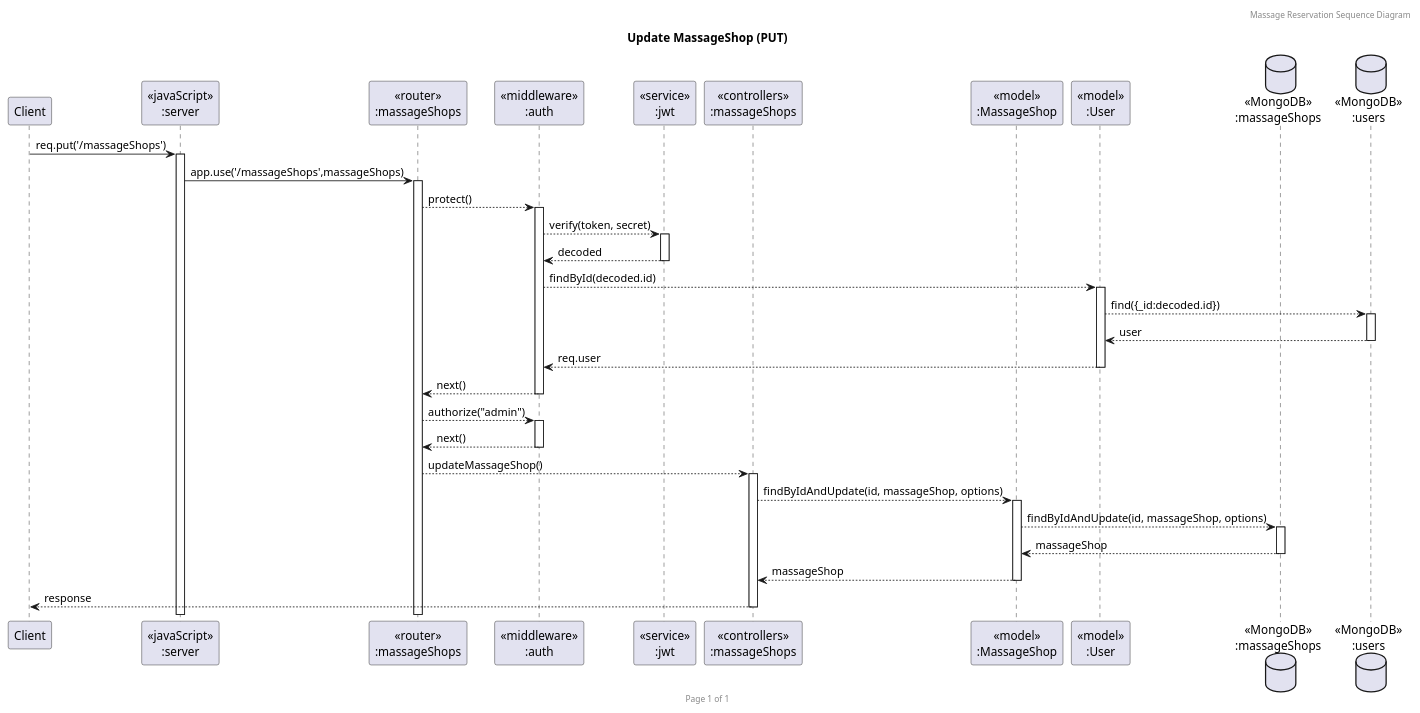
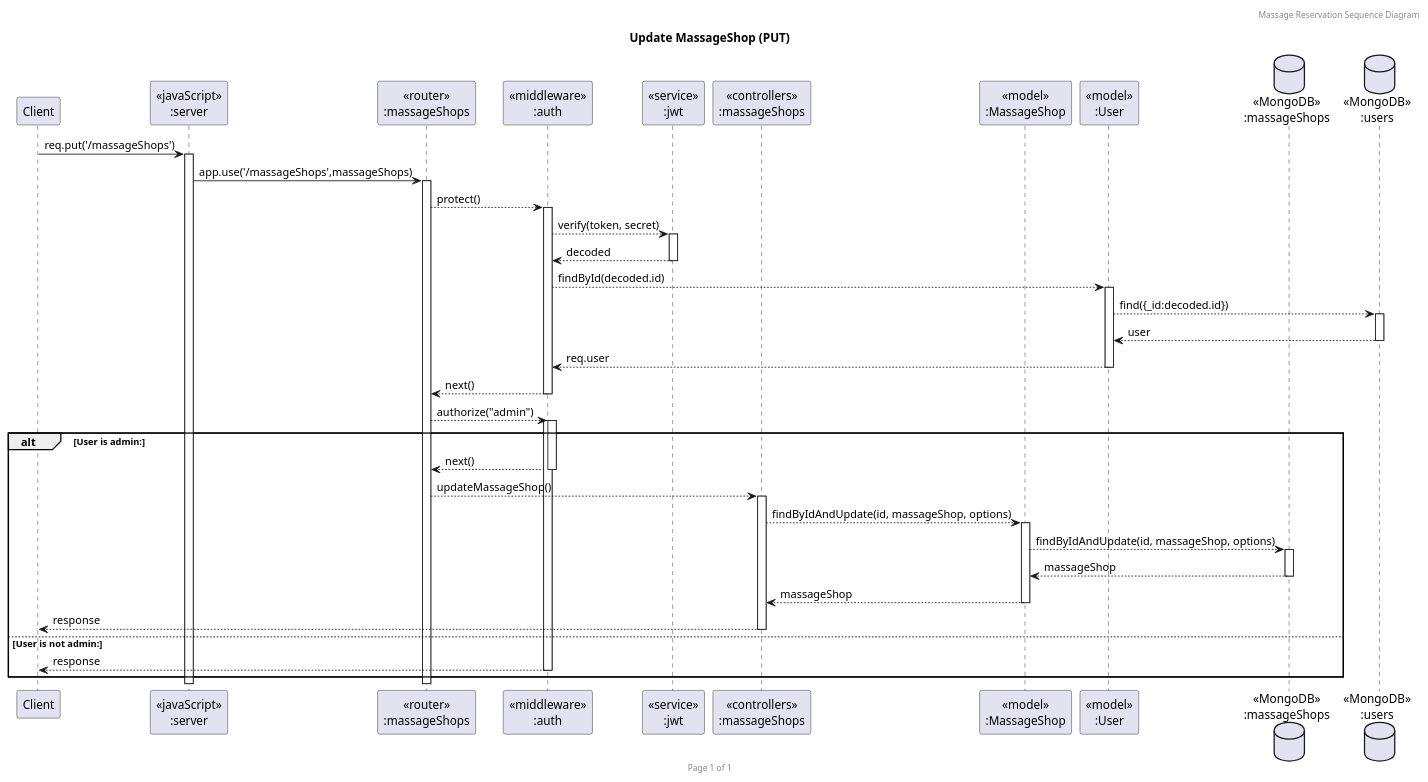
Before and after one commit to papongun/SW-Dev-Backend-Project: the diagram in diagrams/sequence-diagrams/massageShop/MsgRes_MsgShop_PUT_update.puml, drawn with PlantUML. The commit also changed 2 other files, not shown here.

Commit message:
[FIX] add alternate case (not admin)

```diff
--- a/diagrams/sequence-diagrams/massageShop/MsgRes_MsgShop_PUT_update.puml
+++ b/diagrams/sequence-diagrams/massageShop/MsgRes_MsgShop_PUT_update.puml
@@ -1,40 +1,46 @@
 @startuml Update MassageShop (PUT)
 
 header Massage Reservation Sequence Diagram
 footer Page %page% of %lastpage%
 title "Update MassageShop (PUT)"
 
 participant "Client" as client
 participant "<<javaScript>>\n:server" as server
 participant "<<router>>\n:massageShops" as routerMassageShops
 participant "<<middleware>>\n:auth" as middlewareAuth
 participant "<<service>>\n:jwt" as jwtAuth
 participant "<<controllers>>\n:massageShops" as controllersMassageShops
 participant "<<model>>\n:MassageShop" as modelMassageShop
 participant "<<model>>\n:User" as modelUser
 database "<<MongoDB>>\n:massageShops" as MassageShopsDatabase
 database "<<MongoDB>>\n:users" as UsersDatabase
 
 client->server ++:req.put('/massageShops')
 server->routerMassageShops ++:app.use('/massageShops',massageShops)
 
 routerMassageShops --> middlewareAuth ++:protect()
 middlewareAuth --> jwtAuth ++:verify(token, secret)
 middlewareAuth <-- jwtAuth --:decoded
 middlewareAuth --> modelUser ++:findById(decoded.id)
 modelUser --> UsersDatabase ++: find({_id:decoded.id})
 modelUser <-- UsersDatabase --:user
 middlewareAuth <-- modelUser --:req.user
 routerMassageShops <-- middlewareAuth --:next()
 
 routerMassageShops --> middlewareAuth ++:authorize("admin")
-routerMassageShops <-- middlewareAuth --:next()
 
-routerMassageShops --> controllersMassageShops ++:updateMassageShop()
-controllersMassageShops --> modelMassageShop ++:findByIdAndUpdate(id, massageShop, options)
-modelMassageShop --> MassageShopsDatabase ++:findByIdAndUpdate(id, massageShop, options)
-modelMassageShop <-- MassageShopsDatabase --:massageShop
-controllersMassageShops <-- modelMassageShop --:massageShop
-client <-- controllersMassageShops --:response
+activate middlewareAuth
+
+alt User is admin:
+    routerMassageShops <-- middlewareAuth --:next()
+    routerMassageShops --> controllersMassageShops ++:updateMassageShop()
+    controllersMassageShops --> modelMassageShop ++:findByIdAndUpdate(id, massageShop, options)
+    modelMassageShop --> MassageShopsDatabase ++:findByIdAndUpdate(id, massageShop, options)
+    modelMassageShop <-- MassageShopsDatabase --:massageShop
+    controllersMassageShops <-- modelMassageShop --:massageShop
+    client <-- controllersMassageShops --:response
+else User is not admin:
+    client <-- middlewareAuth --:response
+    end
 
 @enduml
```
